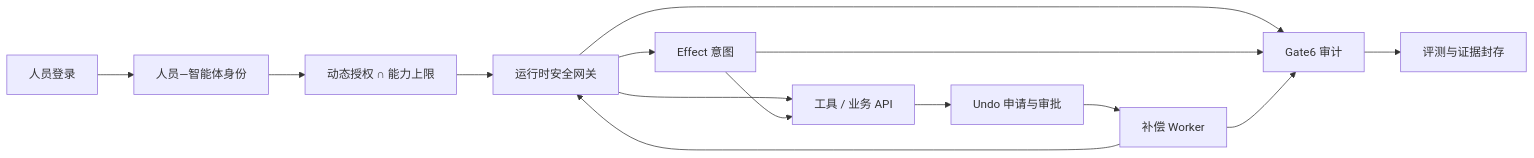
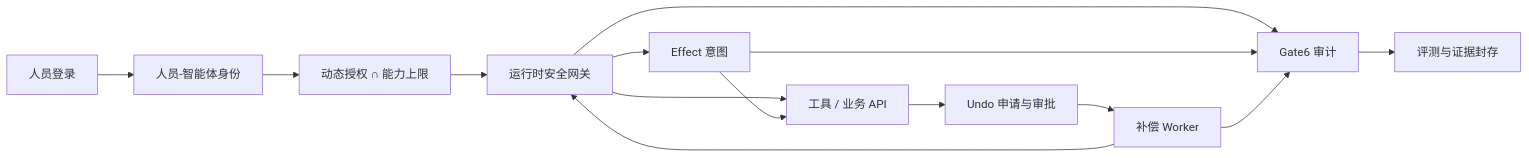
The second of 5 diagrams in docs/delivery/D1-technical-report-review-draft.md (chuali-zi/agent_safety), drawn with Mermaid before and after one commit. The commit also changed other lines of this file and 900 other files, not shown here.

````diff
--- a/docs/delivery/D1-technical-report-review-draft.md
+++ b/docs/delivery/D1-technical-report-review-draft.md
@@ -99,17 +113,17 @@
 ```mermaid
 flowchart LR
-    H["人员登录"] --> I["人员—智能体身份"]
+    H["人员登录"] --> I["人员-智能体身份"]
     I --> A["动态授权 ∩ 能力上限"]
     A --> G["运行时安全网关"]
     G --> T["工具 / 业务 API"]
     G --> P["Effect 意图"]
     P --> T
     T --> U["Undo 申请与审批"]
     U --> W["补偿 Worker"]
     W --> G
 
     G --> E["Gate6 审计"]
     P --> E
     W --> E
     E --> R["评测与证据封存"]
 ```
````
